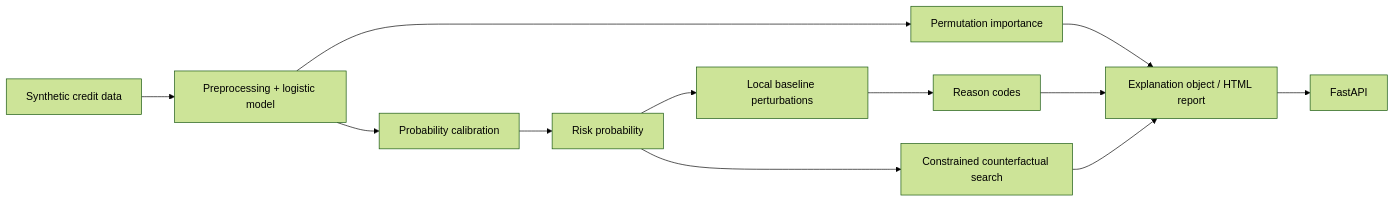
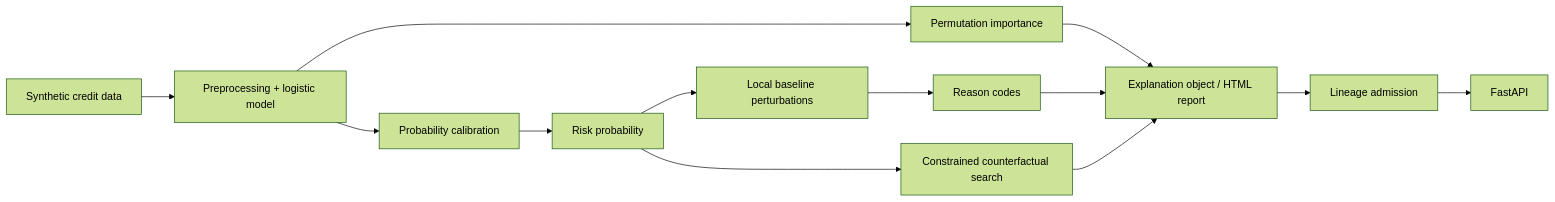
One commit to cagataykavas/credit-default-explainability changed the diagram in README.md. Above: the diagram before and after it, drawn with Mermaid (forest theme). The commit also changed other lines of this file and 7 other files, not shown here.

````diff
--- a/README.md
+++ b/README.md
@@ -9,14 +9,15 @@
 ```mermaid
 flowchart LR
     D[Synthetic credit data] --> M[Preprocessing + logistic model]
     M --> CAL[Probability calibration]
     CAL --> S[Risk probability]
     M --> G[Permutation importance]
     S --> L[Local baseline perturbations]
     L --> R[Reason codes]
     S --> C[Constrained counterfactual search]
     G --> REP[Explanation object / HTML report]
     R --> REP
     C --> REP
-    REP --> API[FastAPI]
+    REP --> A[Lineage admission]
+    A --> API[FastAPI]
 ```
````
